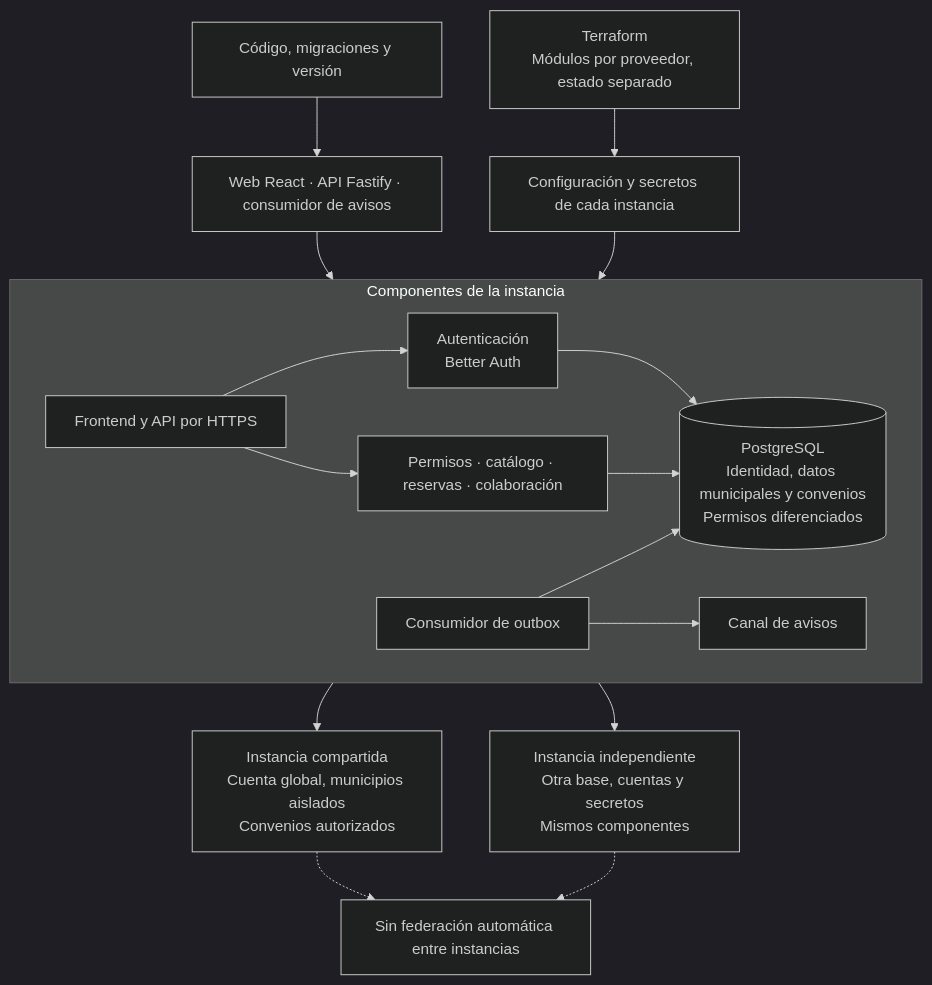
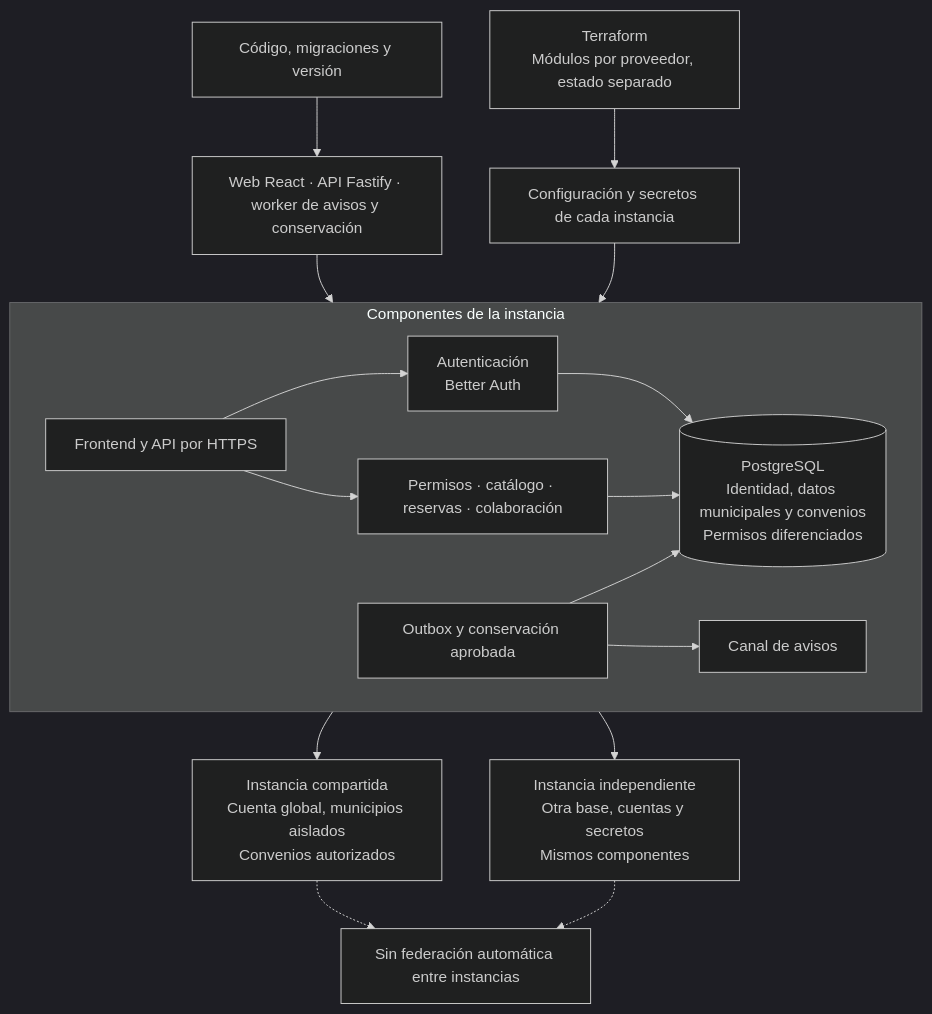
Before and after one commit to alanslzrr/quenda: the second of 2 diagrams in docs/04_arquitectura.md, drawn with Mermaid (dark theme). The commit also changed other lines of this file and 59 other files, not shown here.

````diff
--- a/docs/04_arquitectura.md
+++ b/docs/04_arquitectura.md
@@ -112,19 +114,19 @@
 ```mermaid
 flowchart TB
-  Fuente["Código, migraciones y versión"] --> Artefactos["Web React · API Fastify · consumidor de avisos"]
+  Fuente["Código, migraciones y versión"] --> Artefactos["Web React · API Fastify · worker de avisos y conservación"]
   Terraform["Terraform<br/>Módulos por proveedor, estado separado"] --> Config["Configuración y secretos de cada instancia"]
   Artefactos --> Comun
   Config --> Comun
   subgraph Comun["Componentes de la instancia"]
     Web["Frontend y API por HTTPS"] --> Auth["Autenticación<br/>Better Auth"]
     Web --> Negocio["Permisos · catálogo · reservas · colaboración"]
     Auth --> DB[("PostgreSQL<br/>Identidad, datos municipales y convenios<br/>Permisos diferenciados")]
     Negocio --> DB
-    Avisos["Consumidor de outbox"] --> DB
+    Avisos["Outbox y conservación aprobada"] --> DB
     Avisos --> Correo["Canal de avisos"]
   end
   Comun --> Compartida["Instancia compartida<br/>Cuenta global, municipios aislados<br/>Convenios autorizados"]
   Comun --> Dedicada["Instancia independiente<br/>Otra base, cuentas y secretos<br/>Mismos componentes"]
   Compartida -.-> SinFederacion["Sin federación automática entre instancias"]
   Dedicada -.-> SinFederacion
 ```
````
